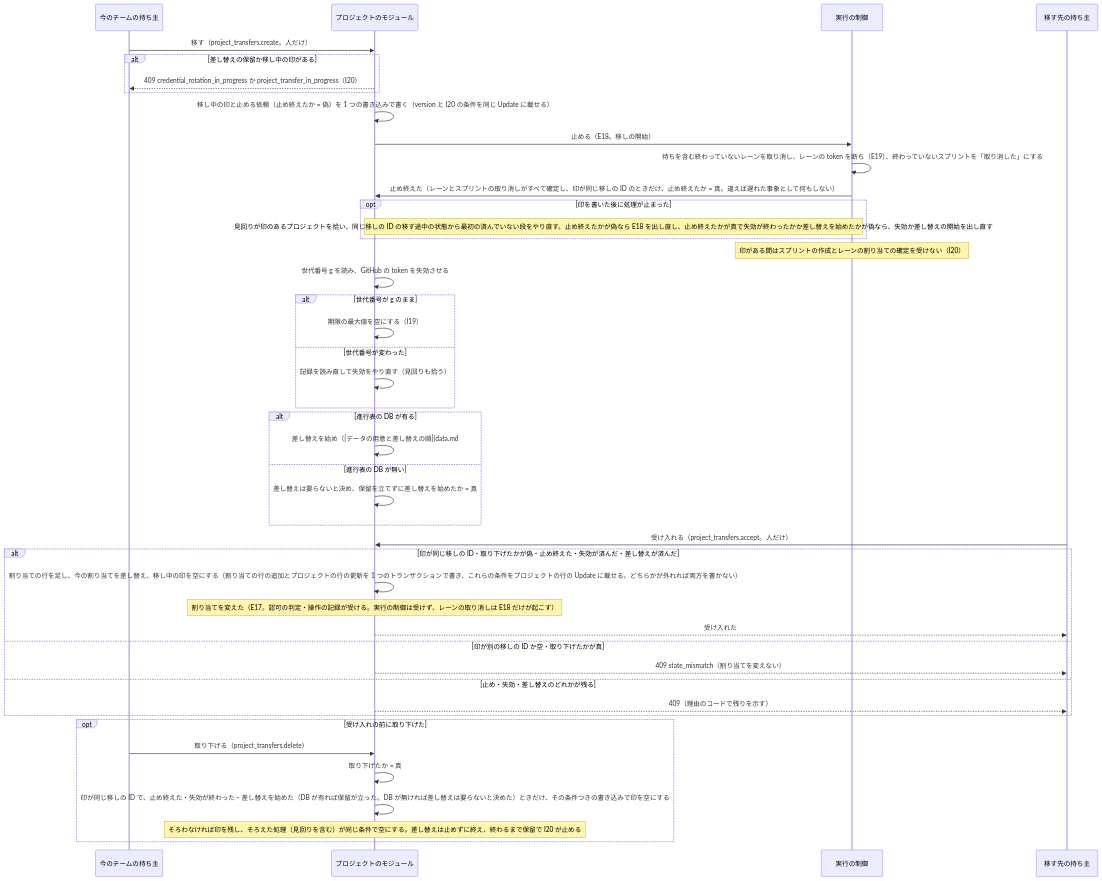
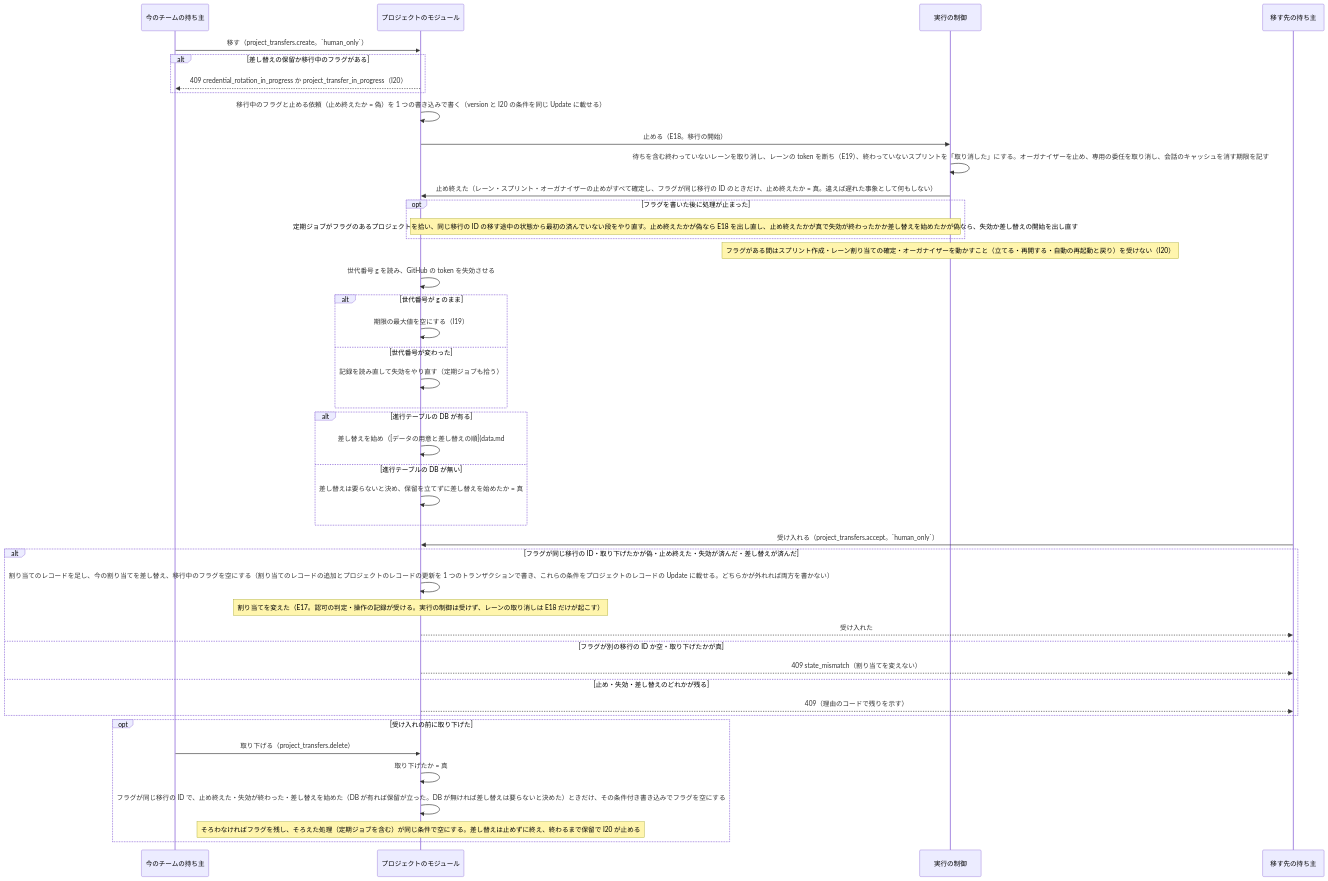
The diagram in docs/design/overview.md (devbasex/nd-factory), drawn with Mermaid before and after one commit. The commit also changed other lines of this file and 114 other files, not shown here.

````diff
--- a/docs/design/overview.md
+++ b/docs/design/overview.md
@@ -264,46 +269,46 @@
 ```mermaid
 sequenceDiagram
     participant O as 今のチームの持ち主
     participant P as プロジェクトのモジュール
     participant X as 実行の制御
     participant T as 移す先の持ち主
-    O->>P: 移す（project_transfers.create。人だけ）
-    alt 差し替えの保留か移し中の印がある
+    O->>P: 移す（project_transfers.create。`human_only`）
+    alt 差し替えの保留か移行中のフラグがある
         P-->>O: 409 credential_rotation_in_progress か project_transfer_in_progress（I20）
     end
-    P->>P: 移し中の印と止める依頼（止め終えたか = 偽）を 1 つの書き込みで書く（version と I20 の条件を同じ Update に載せる）
-    P->>X: 止める（E18。移しの開始）
-    X->>X: 待ちを含む終わっていないレーンを取り消し、レーンの token を断ち（E19）、終わっていないスプリントを「取り消した」にする
-    X->>P: 止め終えた（レーンとスプリントの取り消しがすべて確定し、印が同じ移しの ID のときだけ、止め終えたか = 真。違えば遅れた事象として何もしない）
-    opt 印を書いた後に処理が止まった
-        Note over P,X: 見回りが印のあるプロジェクトを拾い、同じ移しの ID の移す途中の状態から最初の済んでいない段をやり直す。止め終えたかが偽なら E18 を出し直し、止め終えたかが真で失効が終わったかか差し替えを始めたかが偽なら、失効か差し替えの開始を出し直す
+    P->>P: 移行中のフラグと止める依頼（止め終えたか = 偽）を 1 つの書き込みで書く（version と I20 の条件を同じ Update に載せる）
+    P->>X: 止める（E18。移行の開始）
+    X->>X: 待ちを含む終わっていないレーンを取り消し、レーンの token を断ち（E19）、終わっていないスプリントを「取り消した」にする。オーガナイザーを止め、専用の委任を取り消し、会話のキャッシュを消す期限を記す
+    X->>P: 止め終えた（レーン・スプリント・オーガナイザーの止めがすべて確定し、フラグが同じ移行の ID のときだけ、止め終えたか = 真。違えば遅れた事象として何もしない）
+    opt フラグを書いた後に処理が止まった
+        Note over P,X: 定期ジョブがフラグのあるプロジェクトを拾い、同じ移行の ID の移す途中の状態から最初の済んでいない段をやり直す。止め終えたかが偽なら E18 を出し直し、止め終えたかが真で失効が終わったかか差し替えを始めたかが偽なら、失効か差し替えの開始を出し直す
     end
-    Note over X: 印がある間はスプリントの作成とレーンの割り当ての確定を受けない（I20）
+    Note over X: フラグがある間はスプリント作成・レーン割り当ての確定・オーガナイザーを動かすこと（立てる・再開する・自動の再起動と戻り）を受けない（I20）
     P->>P: 世代番号 g を読み、GitHub の token を失効させる
     alt 世代番号が g のまま
         P->>P: 期限の最大値を空にする（I19）
     else 世代番号が変わった
-        P->>P: 記録を読み直して失効をやり直す（見回りも拾う）
+        P->>P: 記録を読み直して失効をやり直す（定期ジョブも拾う）
     end
-    alt 進行表の DB が有る
+    alt 進行テーブルの DB が有る
         P->>P: 差し替えを始め（[データの用意と差し替えの順](data.md#用意と差し替えの順)。保留を立てる）、同じ書き込みで差し替えを始めたか = 真
-    else 進行表の DB が無い
+    else 進行テーブルの DB が無い
         P->>P: 差し替えは要らないと決め、保留を立てずに差し替えを始めたか = 真
     end
-    T->>P: 受け入れる（project_transfers.accept。人だけ）
-    alt 印が同じ移しの ID・取り下げたかが偽・止め終えた・失効が済んだ・差し替えが済んだ
-        P->>P: 割り当ての行を足し、今の割り当てを差し替え、移し中の印を空にする（割り当ての行の追加とプロジェクトの行の更新を 1 つのトランザクションで書き、これらの条件をプロジェクトの行の Update に載せる。どちらかが外れれば両方を書かない）
+    T->>P: 受け入れる（project_transfers.accept。`human_only`）
+    alt フラグが同じ移行の ID・取り下げたかが偽・止め終えた・失効が済んだ・差し替えが済んだ
+        P->>P: 割り当てのレコードを足し、今の割り当てを差し替え、移行中のフラグを空にする（割り当てのレコードの追加とプロジェクトのレコードの更新を 1 つのトランザクションで書き、これらの条件をプロジェクトのレコードの Update に載せる。どちらかが外れれば両方を書かない）
         Note over P: 割り当てを変えた（E17。認可の判定・操作の記録が受ける。実行の制御は受けず、レーンの取り消しは E18 だけが起こす）
         P-->>T: 受け入れた
-    else 印が別の移しの ID か空・取り下げたかが真
+    else フラグが別の移行の ID か空・取り下げたかが真
         P-->>T: 409 state_mismatch（割り当てを変えない）
     else 止め・失効・差し替えのどれかが残る
         P-->>T: 409（理由のコードで残りを示す）
     end
     opt 受け入れの前に取り下げた
         O->>P: 取り下げる（project_transfers.delete）
         P->>P: 取り下げたか = 真
-        P->>P: 印が同じ移しの ID で、止め終えた・失効が終わった・差し替えを始めた（DB が有れば保留が立った。DB が無ければ差し替えは要らないと決めた）ときだけ、その条件つきの書き込みで印を空にする
-        Note over P: そろわなければ印を残し、そろえた処理（見回りを含む）が同じ条件で空にする。差し替えは止めずに終え、終わるまで保留で I20 が止める
+        P->>P: フラグが同じ移行の ID で、止め終えた・失効が終わった・差し替えを始めた（DB が有れば保留が立った。DB が無ければ差し替えは要らないと決めた）ときだけ、その条件付き書き込みでフラグを空にする
+        Note over P: そろわなければフラグを残し、そろえた処理（定期ジョブを含む）が同じ条件で空にする。差し替えは止めずに終え、終わるまで保留で I20 が止める
     end
 ```
````
